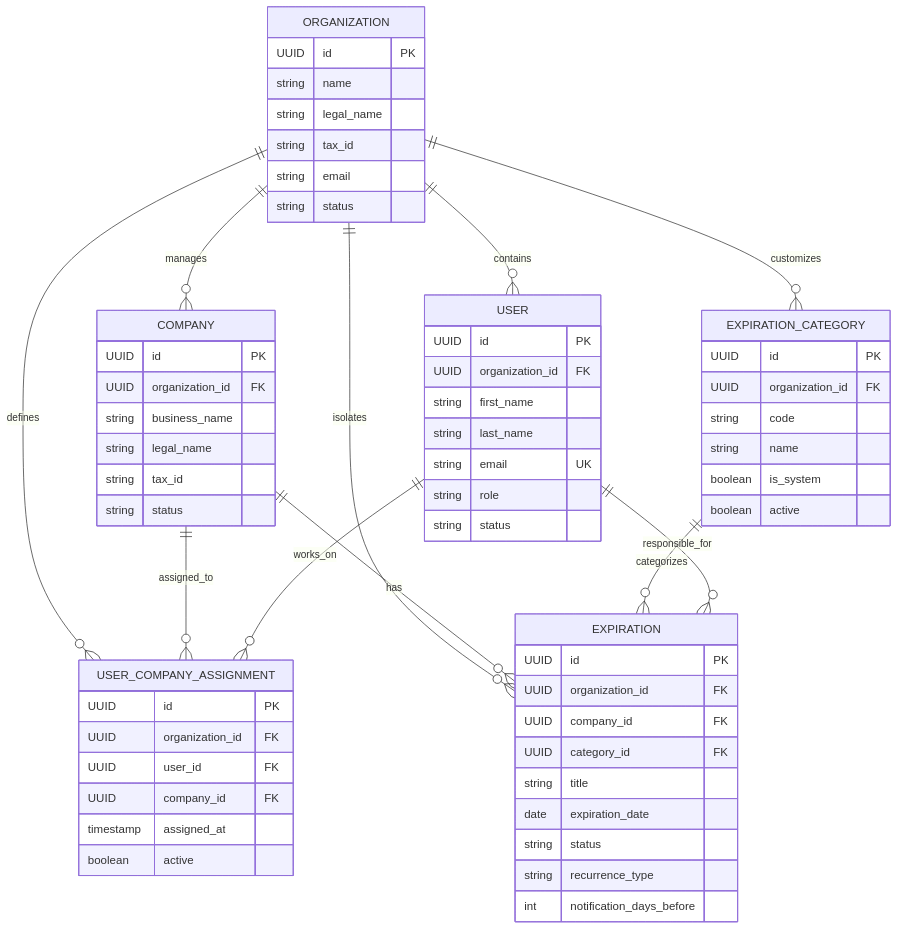
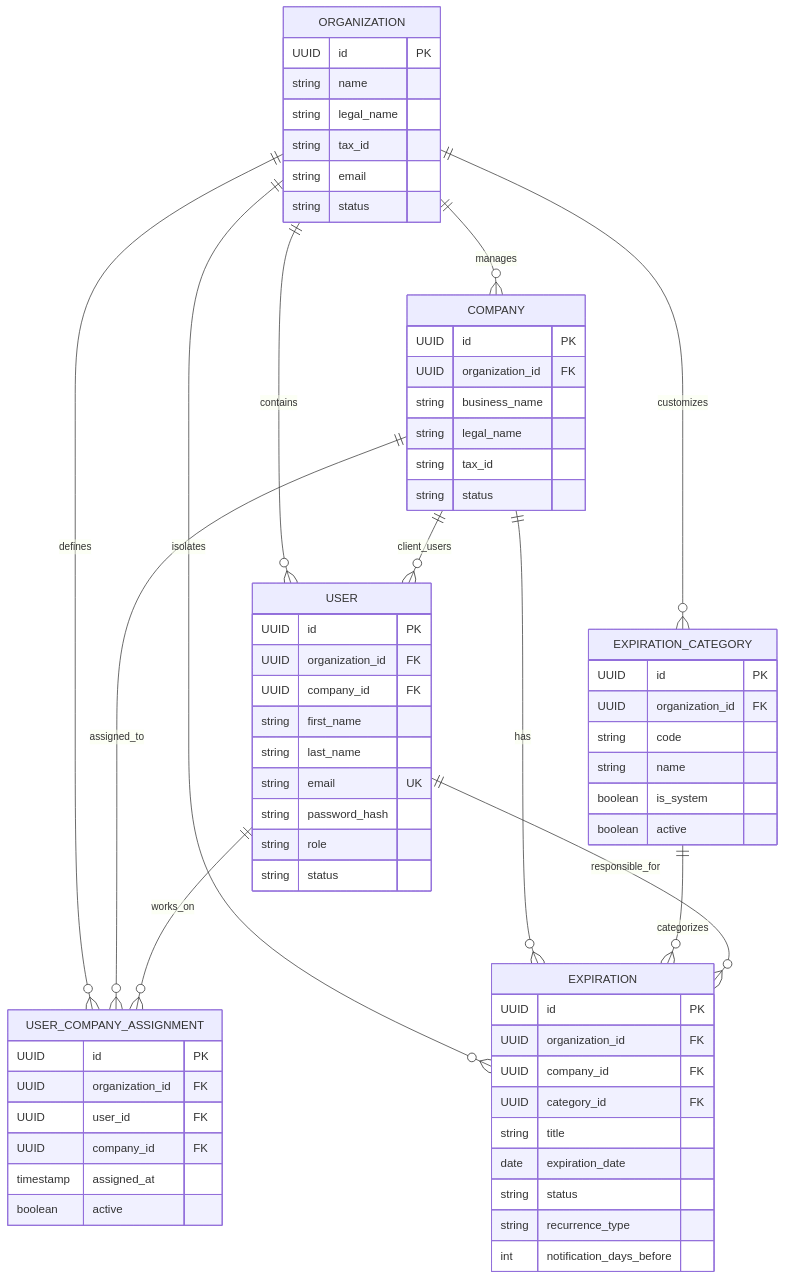
The diagram in docs/domain-model.md (Pyudicello/dmtSoftDefinitivo), drawn with Mermaid before and after one commit. The commit also changed other lines of this file and 3 other files, not shown here.

Commit message:
docs: update architecture, domain, database models and README for Day 2

````diff
--- a/docs/domain-model.md
+++ b/docs/domain-model.md
@@ -6,73 +6,76 @@
 ```mermaid
 erDiagram
     ORGANIZATION ||--o{ USER : contains
     ORGANIZATION ||--o{ COMPANY : manages
     ORGANIZATION ||--o{ EXPIRATION_CATEGORY : customizes
     ORGANIZATION ||--o{ EXPIRATION : isolates
     ORGANIZATION ||--o{ USER_COMPANY_ASSIGNMENT : defines
 
+    COMPANY ||--o{ USER : client_users
     COMPANY ||--o{ USER_COMPANY_ASSIGNMENT : assigned_to
     USER ||--o{ USER_COMPANY_ASSIGNMENT : works_on
 
     COMPANY ||--o{ EXPIRATION : has
     EXPIRATION_CATEGORY ||--o{ EXPIRATION : categorizes
     USER ||--o{ EXPIRATION : responsible_for
 
     ORGANIZATION {
         UUID id PK
         string name
         string legal_name
         string tax_id
         string email
         string status
     }
 
     USER {
         UUID id PK
         UUID organization_id FK
+        UUID company_id FK
         string first_name
         string last_name
         string email UK
+        string password_hash
         string role
         string status
     }
 
     COMPANY {
         UUID id PK
         UUID organization_id FK
         string business_name
         string legal_name
         string tax_id
         string status
     }
 
     USER_COMPANY_ASSIGNMENT {
         UUID id PK
         UUID organization_id FK
         UUID user_id FK
         UUID company_id FK
         timestamp assigned_at
         boolean active
     }
 
     EXPIRATION_CATEGORY {
         UUID id PK
         UUID organization_id FK
         string code
         string name
         boolean is_system
         boolean active
     }
 
     EXPIRATION {
         UUID id PK
         UUID organization_id FK
         UUID company_id FK
         UUID category_id FK
         string title
         date expiration_date
         string status
         string recurrence_type
         int notification_days_before
     }
 ```
````
